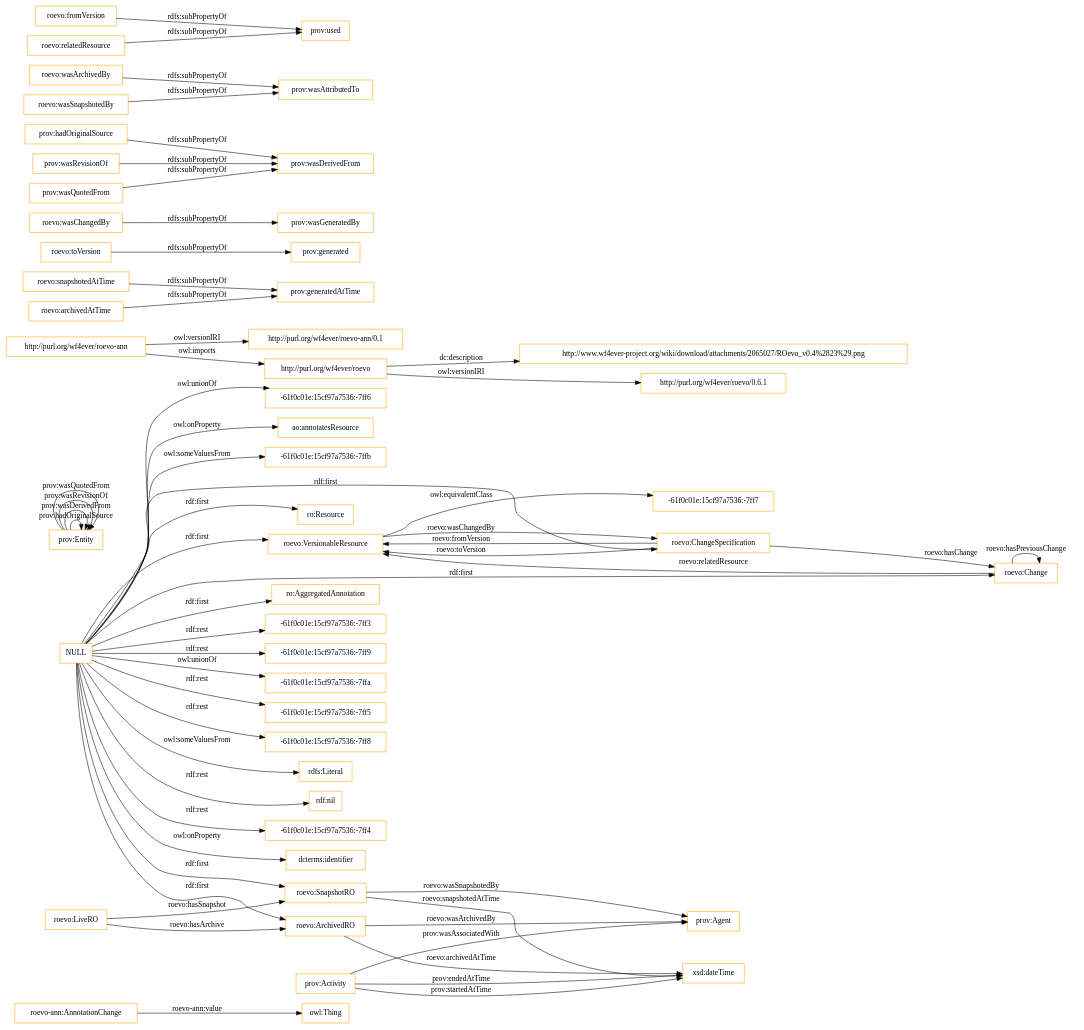
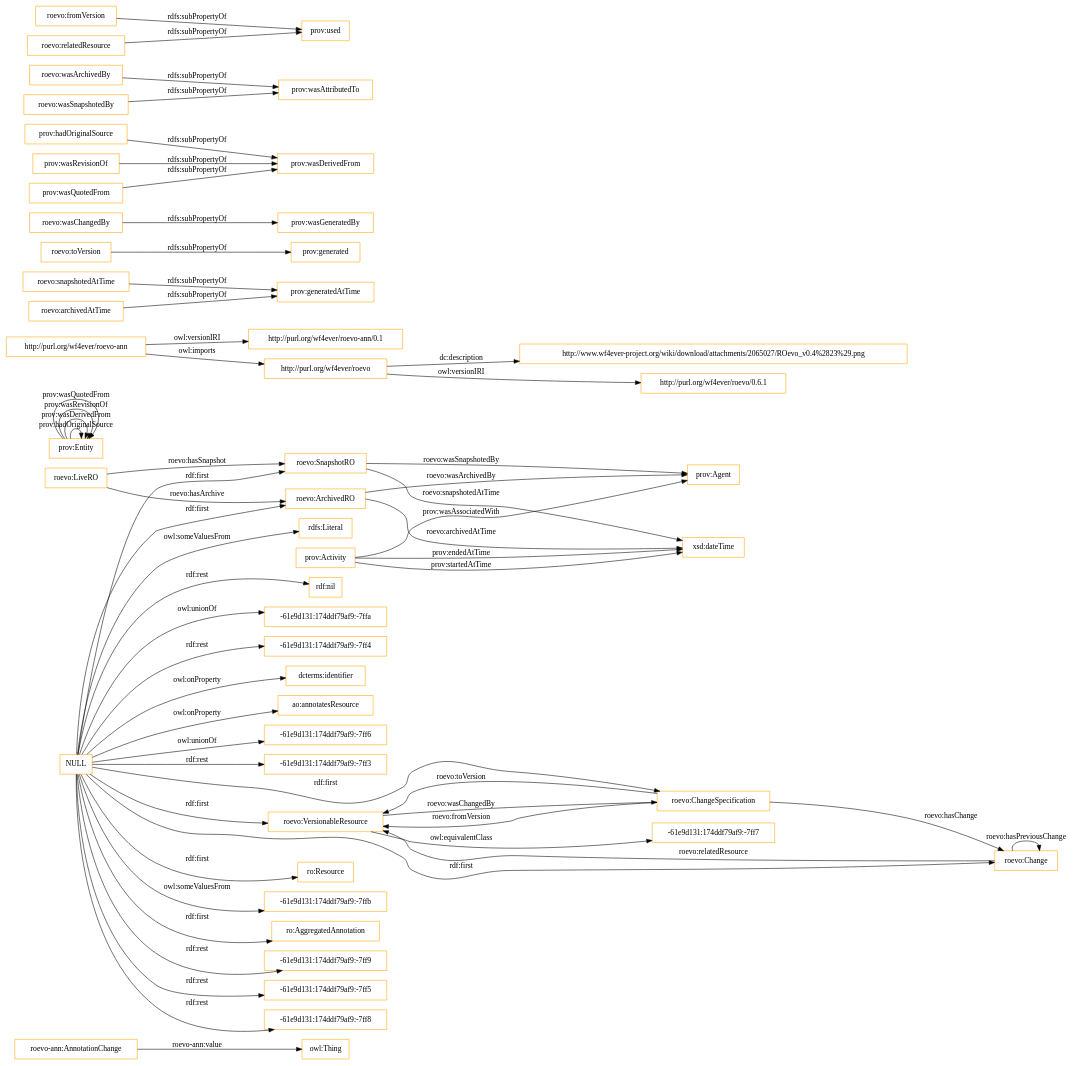
Before and after one commit to ahmad88me/ro: the diagram in OnToology/evolutionExtensions/roevo-ann.owl/diagrams/ar2dtool-class/roevo-ann.owl.png.dot, drawn with Graphviz. The commit also changed 231 other files, not shown here.

```diff
--- a/OnToology/evolutionExtensions/roevo-ann.owl/diagrams/ar2dtool-class/roevo-ann.owl.png.dot
+++ b/OnToology/evolutionExtensions/roevo-ann.owl/diagrams/ar2dtool-class/roevo-ann.owl.png.dot
@@ -1,61 +1,61 @@
 digraph ar2dtool_diagram { 
 rankdir=LR;
 size="1501"
-node [shape = rectangle, color="orange"]; "roevo-ann:AnnotationChange" "-61f0c01e:15cf97a7536:-7ffb" "prov:Agent" "roevo:VersionableResource" "ro:Resource" "roevo:LiveRO" "roevo:ChangeSpecification" "-61f0c01e:15cf97a7536:-7ff7" "roevo:SnapshotRO" "roevo:Change" "roevo:ArchivedRO" "ro:AggregatedAnnotation" "prov:Entity" "prov:Activity" ; /*classes style*/
-	"NULL" -> "-61f0c01e:15cf97a7536:-7ff3" [ label = "rdf:rest" ];
-	"NULL" -> "-61f0c01e:15cf97a7536:-7ff9" [ label = "rdf:rest" ];
-	"NULL" -> "-61f0c01e:15cf97a7536:-7ffa" [ label = "owl:unionOf" ];
+node [shape = rectangle, color="orange"]; "roevo-ann:AnnotationChange" "prov:Agent" "roevo:VersionableResource" "ro:Resource" "roevo:LiveRO" "roevo:ChangeSpecification" "roevo:SnapshotRO" "-61e9d131:174ddf79af9:-7ffb" "roevo:Change" "roevo:ArchivedRO" "ro:AggregatedAnnotation" "prov:Entity" "prov:Activity" "-61e9d131:174ddf79af9:-7ff7" ; /*classes style*/
+	"NULL" -> "-61e9d131:174ddf79af9:-7ff9" [ label = "rdf:rest" ];
 	"NULL" -> "ro:Resource" [ label = "rdf:first" ];
 	"NULL" -> "ro:AggregatedAnnotation" [ label = "rdf:first" ];
 	"NULL" -> "roevo:ArchivedRO" [ label = "rdf:first" ];
+	"NULL" -> "-61e9d131:174ddf79af9:-7ff5" [ label = "rdf:rest" ];
+	"NULL" -> "-61e9d131:174ddf79af9:-7ff8" [ label = "rdf:rest" ];
 	"NULL" -> "roevo:SnapshotRO" [ label = "rdf:first" ];
 	"NULL" -> "roevo:Change" [ label = "rdf:first" ];
-	"NULL" -> "-61f0c01e:15cf97a7536:-7ff5" [ label = "rdf:rest" ];
-	"NULL" -> "-61f0c01e:15cf97a7536:-7ff8" [ label = "rdf:rest" ];
 	"NULL" -> "roevo:ChangeSpecification" [ label = "rdf:first" ];
 	"NULL" -> "rdfs:Literal" [ label = "owl:someValuesFrom" ];
 	"NULL" -> "rdf:nil" [ label = "rdf:rest" ];
+	"NULL" -> "-61e9d131:174ddf79af9:-7ffa" [ label = "owl:unionOf" ];
 	"NULL" -> "roevo:VersionableResource" [ label = "rdf:first" ];
-	"NULL" -> "-61f0c01e:15cf97a7536:-7ff4" [ label = "rdf:rest" ];
+	"NULL" -> "-61e9d131:174ddf79af9:-7ff4" [ label = "rdf:rest" ];
 	"NULL" -> "dcterms:identifier" [ label = "owl:onProperty" ];
-	"NULL" -> "-61f0c01e:15cf97a7536:-7ff6" [ label = "owl:unionOf" ];
 	"NULL" -> "ao:annotatesResource" [ label = "owl:onProperty" ];
-	"NULL" -> "-61f0c01e:15cf97a7536:-7ffb" [ label = "owl:someValuesFrom" ];
+	"NULL" -> "-61e9d131:174ddf79af9:-7ff6" [ label = "owl:unionOf" ];
+	"NULL" -> "-61e9d131:174ddf79af9:-7ffb" [ label = "owl:someValuesFrom" ];
+	"NULL" -> "-61e9d131:174ddf79af9:-7ff3" [ label = "rdf:rest" ];
 	"http://purl.org/wf4ever/roevo-ann" -> "http://purl.org/wf4ever/roevo-ann/0.1" [ label = "owl:versionIRI" ];
 	"http://purl.org/wf4ever/roevo-ann" -> "http://purl.org/wf4ever/roevo" [ label = "owl:imports" ];
 	"roevo:snapshotedAtTime" -> "prov:generatedAtTime" [ label = "rdfs:subPropertyOf" ];
-	"roevo:VersionableResource" -> "-61f0c01e:15cf97a7536:-7ff7" [ label = "owl:equivalentClass" ];
+	"roevo:VersionableResource" -> "-61e9d131:174ddf79af9:-7ff7" [ label = "owl:equivalentClass" ];
 	"roevo:toVersion" -> "prov:generated" [ label = "rdfs:subPropertyOf" ];
 	"http://purl.org/wf4ever/roevo" -> "http://www.wf4ever-project.org/wiki/download/attachments/2065027/ROevo_v0.4%2823%29.png" [ label = "dc:description" ];
 	"http://purl.org/wf4ever/roevo" -> "http://purl.org/wf4ever/roevo/0.6.1" [ label = "owl:versionIRI" ];
 	"roevo:wasChangedBy" -> "prov:wasGeneratedBy" [ label = "rdfs:subPropertyOf" ];
 	"prov:hadOriginalSource" -> "prov:wasDerivedFrom" [ label = "rdfs:subPropertyOf" ];
 	"roevo:wasArchivedBy" -> "prov:wasAttributedTo" [ label = "rdfs:subPropertyOf" ];
 	"prov:wasRevisionOf" -> "prov:wasDerivedFrom" [ label = "rdfs:subPropertyOf" ];
 	"roevo:archivedAtTime" -> "prov:generatedAtTime" [ label = "rdfs:subPropertyOf" ];
 	"roevo:fromVersion" -> "prov:used" [ label = "rdfs:subPropertyOf" ];
 	"prov:wasQuotedFrom" -> "prov:wasDerivedFrom" [ label = "rdfs:subPropertyOf" ];
 	"roevo:relatedResource" -> "prov:used" [ label = "rdfs:subPropertyOf" ];
 	"roevo:wasSnapshotedBy" -> "prov:wasAttributedTo" [ label = "rdfs:subPropertyOf" ];
 	"roevo-ann:AnnotationChange" -> "owl:Thing" [ label = "roevo-ann:value" ];
 	"roevo:ChangeSpecification" -> "roevo:VersionableResource" [ label = "roevo:fromVersion" ];
 	"roevo:ChangeSpecification" -> "roevo:Change" [ label = "roevo:hasChange" ];
 	"prov:Activity" -> "prov:Agent" [ label = "prov:wasAssociatedWith" ];
 	"roevo:Change" -> "roevo:VersionableResource" [ label = "roevo:relatedResource" ];
 	"prov:Activity" -> "xsd:dateTime" [ label = "prov:endedAtTime" ];
 	"roevo:ChangeSpecification" -> "roevo:VersionableResource" [ label = "roevo:toVersion" ];
 	"roevo:ArchivedRO" -> "xsd:dateTime" [ label = "roevo:archivedAtTime" ];
 	"roevo:SnapshotRO" -> "prov:Agent" [ label = "roevo:wasSnapshotedBy" ];
 	"prov:Entity" -> "prov:Entity" [ label = "prov:hadOriginalSource" ];
 	"prov:Entity" -> "prov:Entity" [ label = "prov:wasDerivedFrom" ];
 	"roevo:SnapshotRO" -> "xsd:dateTime" [ label = "roevo:snapshotedAtTime" ];
 	"prov:Activity" -> "xsd:dateTime" [ label = "prov:startedAtTime" ];
 	"roevo:ArchivedRO" -> "prov:Agent" [ label = "roevo:wasArchivedBy" ];
 	"prov:Entity" -> "prov:Entity" [ label = "prov:wasRevisionOf" ];
 	"roevo:LiveRO" -> "roevo:SnapshotRO" [ label = "roevo:hasSnapshot" ];
 	"roevo:LiveRO" -> "roevo:ArchivedRO" [ label = "roevo:hasArchive" ];
 	"prov:Entity" -> "prov:Entity" [ label = "prov:wasQuotedFrom" ];
 	"roevo:VersionableResource" -> "roevo:ChangeSpecification" [ label = "roevo:wasChangedBy" ];
 	"roevo:Change" -> "roevo:Change" [ label = "roevo:hasPreviousChange" ];
 
 }
```
